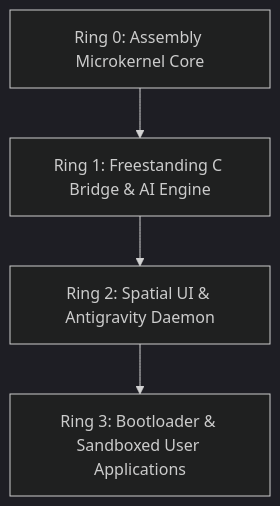
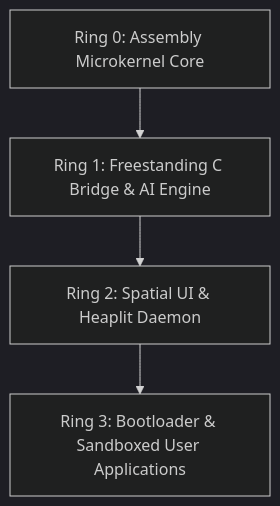
Before and after one commit to Heaplyn/Heaplit-OS: the diagram in obsidian_vault/rings/README.md, drawn with Mermaid (dark theme). The commit also changed 34 other files, not shown here.

Commit message:
refactor: rename Antigravity agent and daemon references to Heaplit agent across codebase and vault

````diff
--- a/obsidian_vault/rings/README.md
+++ b/obsidian_vault/rings/README.md
@@ -66,6 +66,6 @@
 ```mermaid
 flowchart TD
     Ring0["Ring 0: Assembly Microkernel Core"] --> Ring1["Ring 1: Freestanding C Bridge & AI Engine"]
-    Ring1 --> Ring2["Ring 2: Spatial UI & Antigravity Daemon"]
+    Ring1 --> Ring2["Ring 2: Spatial UI & Heaplit Daemon"]
     Ring2 --> Ring3["Ring 3: Bootloader & Sandboxed User Applications"]
 ```
````
